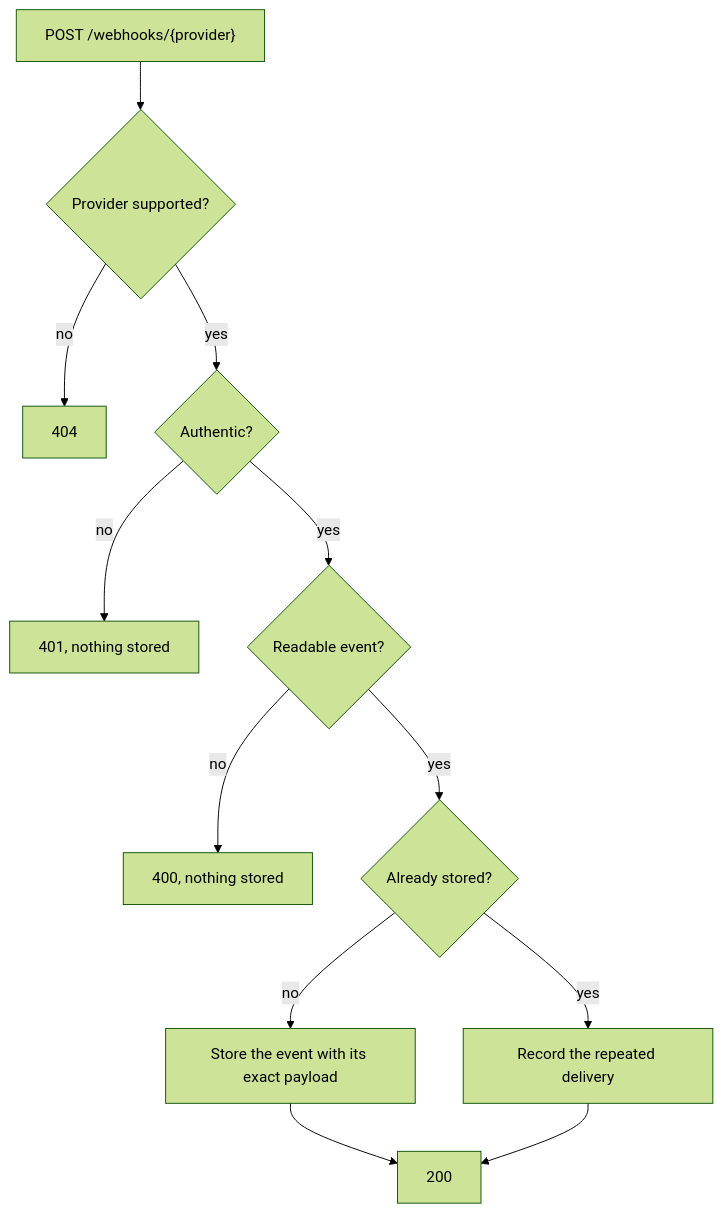
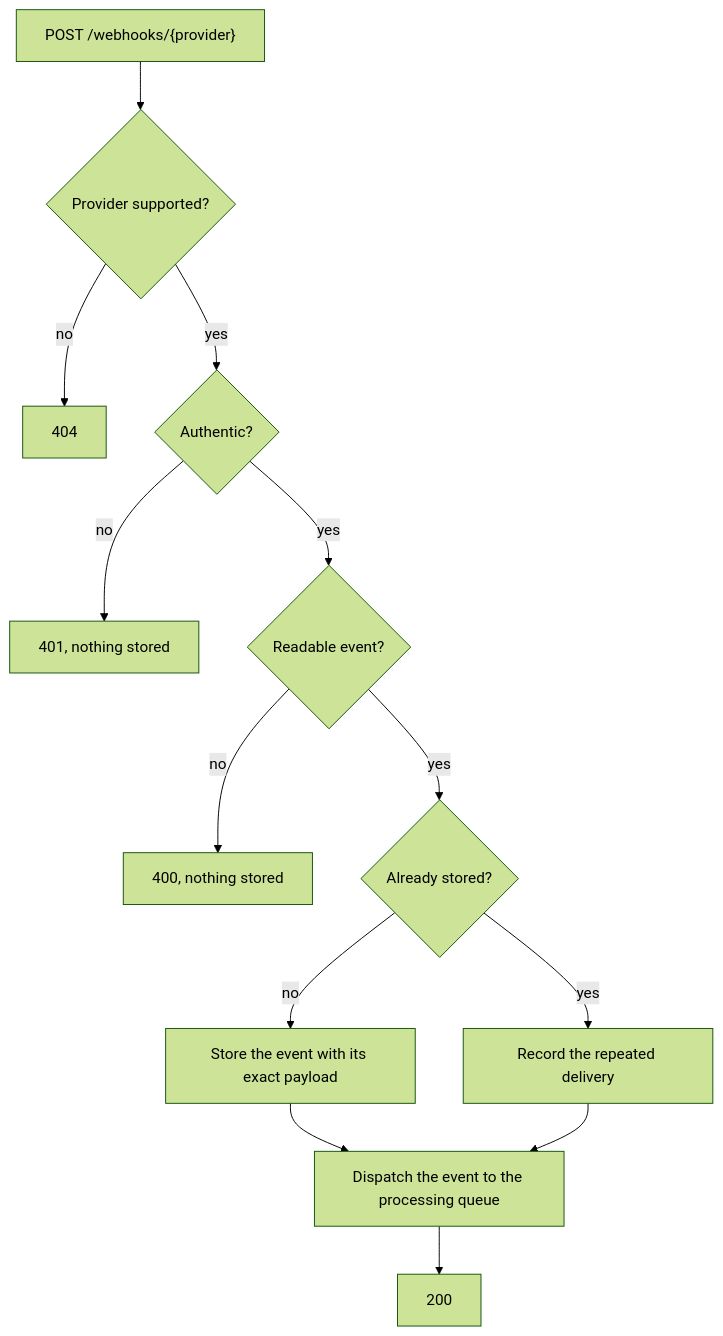
One commit to gabrielroriz/aws-resilient-payment-flow changed the first of 2 diagrams in docs/architecture/webhook-receipt.md. Above: the diagram before and after it, drawn with Mermaid (forest theme). The commit also changed other lines of this file and 24 other files, not shown here.

First line of the commit message:
feat: dispatch stored webhook events to an SQS FIFO queue

````diff
--- a/docs/architecture/webhook-receipt.md
+++ b/docs/architecture/webhook-receipt.md
@@ -7,14 +7,15 @@
 ```mermaid
 flowchart TD
     Request["POST /webhooks/{provider}"] --> Find{"Provider supported?"}
     Find -->|no| NotFound["404"]
     Find -->|yes| Auth{"Authentic?"}
     Auth -->|no| Unauthorized["401, nothing stored"]
     Auth -->|yes| Parse{"Readable event?"}
     Parse -->|no| Malformed["400, nothing stored"]
     Parse -->|yes| Stored{"Already stored?"}
     Stored -->|no| Create["Store the event with its exact payload"]
     Stored -->|yes| Duplicate["Record the repeated delivery"]
-    Create --> Ack["200"]
-    Duplicate --> Ack
+    Create --> Dispatch["Dispatch the event to the processing queue"]
+    Duplicate --> Dispatch
+    Dispatch --> Ack["200"]
 ```
````
